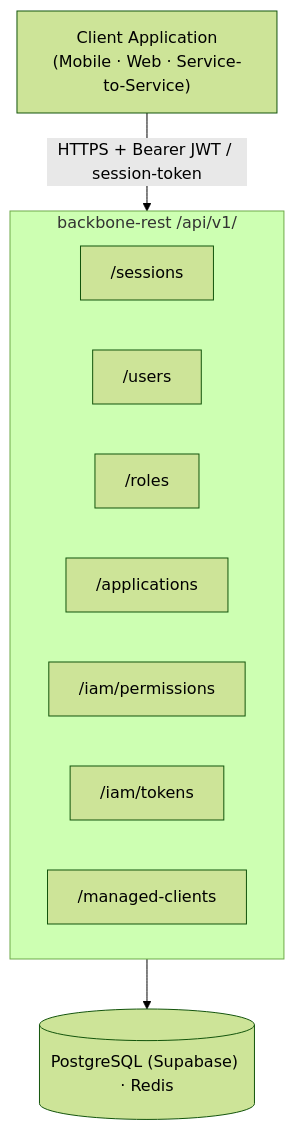
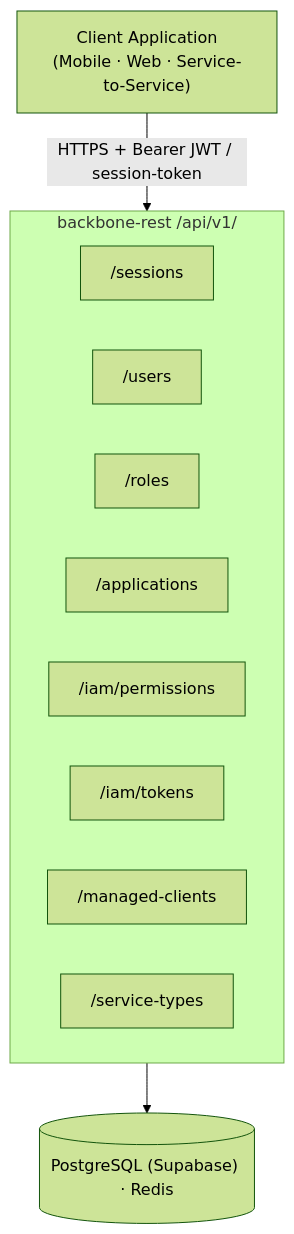
The first of 2 diagrams in docs/v1/README.md (lanmata/backbone-rest), drawn with Mermaid (forest theme) before and after one commit. The commit also changed other lines of this file and 4 other files, not shown here.

````diff
--- a/docs/v1/README.md
+++ b/docs/v1/README.md
@@ -26,17 +28,18 @@
 ```mermaid
 flowchart TB
     Client["Client Application\n(Mobile · Web · Service-to-Service)"]
     subgraph API["backbone-rest  /api/v1/"]
         direction LR
         S["/sessions"]
         U["/users"]
         R["/roles"]
         A["/applications"]
         P["/iam/permissions"]
         T["/iam/tokens"]
         M["/managed-clients"]
+        ST["/service-types"]
     end
     DB[("PostgreSQL (Supabase) · Redis")]
     Client -->|"HTTPS + Bearer JWT / session-token"| API
     API --> DB
 ```
````
